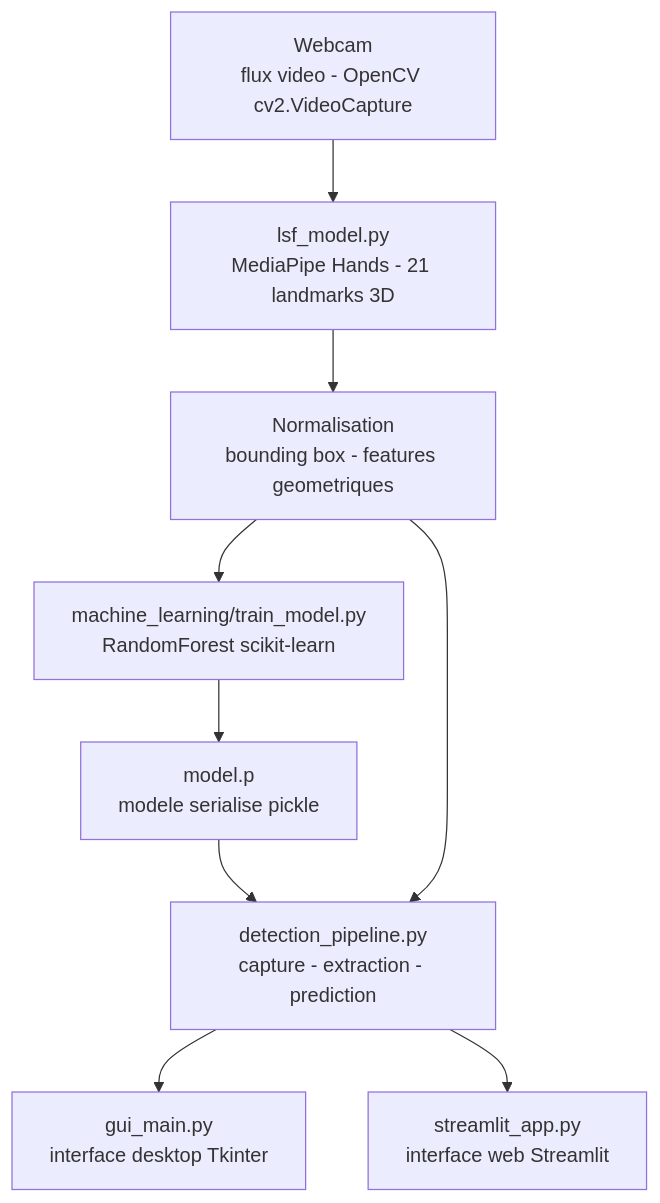
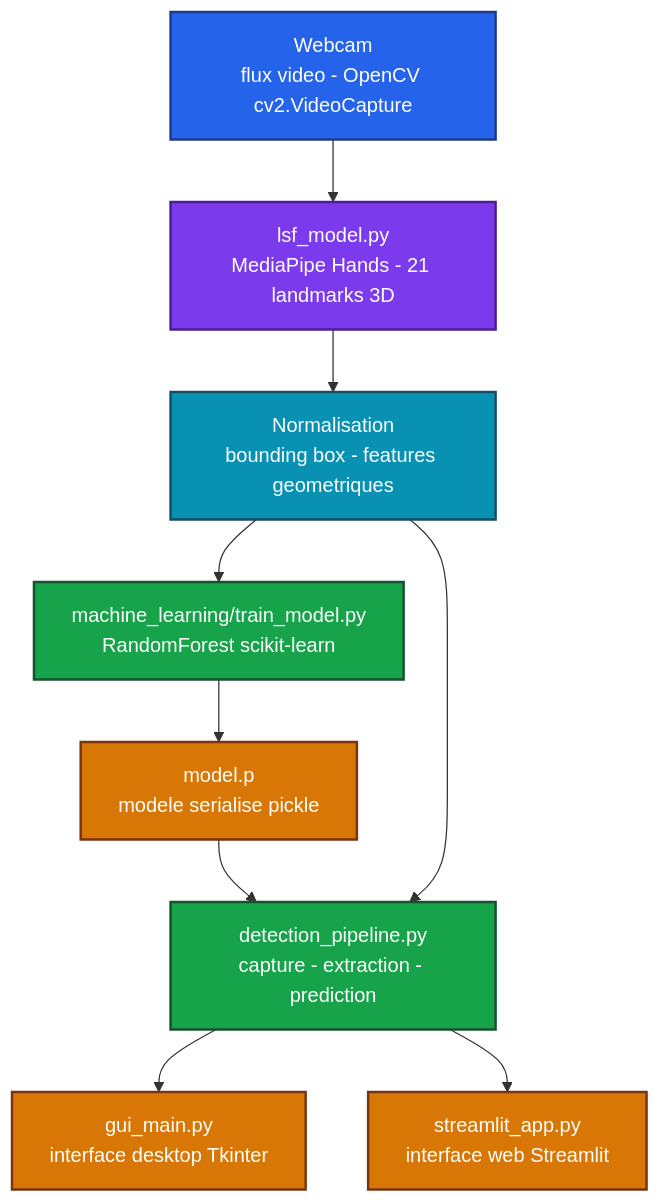
One commit to Adam-Blf/Langue-des-signes changed the diagram in README.md. Above: the diagram before and after it, drawn with Mermaid.

Commit message:
docs: add colors to mermaid diagrams (#5)
Each node gets a palette class (by subgraph or by flow depth), subgraphs are tinted, non-flowchart diagrams use a colored base theme. Validated by rendering every diagram before and after.

````diff
--- a/README.md
+++ b/README.md
@@ -23,19 +23,30 @@
 ```mermaid
 flowchart TB
     A["Webcam<br/>flux video - OpenCV cv2.VideoCapture"]
     B["lsf_model.py<br/>MediaPipe Hands - 21 landmarks 3D"]
     C["Normalisation<br/>bounding box - features geometriques"]
     D["machine_learning/train_model.py<br/>RandomForest scikit-learn"]
     E["model.p<br/>modele serialise pickle"]
     F["detection_pipeline.py<br/>capture - extraction - prediction"]
     G["gui_main.py<br/>interface desktop Tkinter"]
     H["streamlit_app.py<br/>interface web Streamlit"]
     A --> B
     B --> C
     C --> D
     D --> E
     E --> F
     C --> F
     F --> G
     F --> H
+
+    classDef c0 fill:#2563eb,stroke:#1e3a8a,stroke-width:2px,color:#ffffff
+    classDef c1 fill:#7c3aed,stroke:#4c1d95,stroke-width:2px,color:#ffffff
+    classDef c2 fill:#0891b2,stroke:#164e63,stroke-width:2px,color:#ffffff
+    classDef c3 fill:#16a34a,stroke:#14532d,stroke-width:2px,color:#ffffff
+    classDef c4 fill:#d97706,stroke:#78350f,stroke-width:2px,color:#ffffff
+    class A c0
+    class B c1
+    class C c2
+    class D,F c3
+    class E,G,H c4
 ```
````
